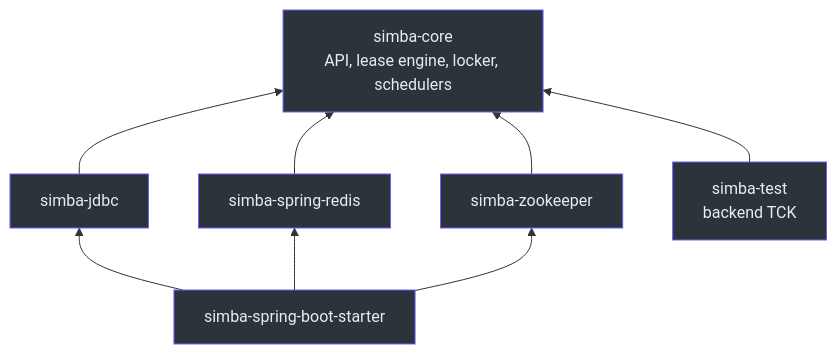
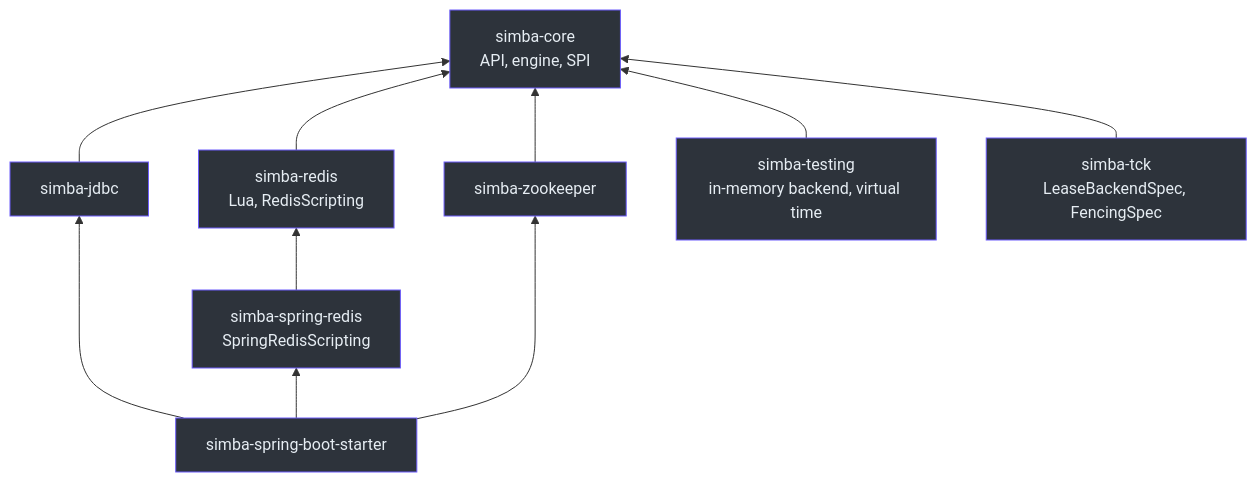
Before and after one commit to Ahoo-Wang/Simba: the first of 2 diagrams in wiki/architecture/index.md, drawn with Mermaid. The commit also changed other lines of this file and 45 other files, not shown here.

````diff
--- a/wiki/architecture/index.md
+++ b/wiki/architecture/index.md
@@ -13,22 +13,28 @@
 ```mermaid
 graph BT
-    core["simba-core<br>API, lease engine, locker, schedulers"]
+    core["simba-core<br>API, engine, SPI"]
     jdbc["simba-jdbc"]
-    redis["simba-spring-redis"]
+    redis["simba-redis<br>Lua, RedisScripting"]
+    sredis["simba-spring-redis<br>SpringRedisScripting"]
     zk["simba-zookeeper"]
     starter["simba-spring-boot-starter"]
-    tck["simba-test<br>backend TCK"]
+    testing["simba-testing<br>in-memory backend, virtual time"]
+    tck["simba-tck<br>LeaseBackendSpec, FencingSpec"]
     jdbc --> core
     redis --> core
+    sredis --> redis
     zk --> core
     starter --> jdbc
-    starter --> redis
+    starter --> sredis
     starter --> zk
+    testing --> core
     tck --> core
     style core fill:#2d333b,stroke:#6d5dfc,color:#e6edf3
     style jdbc fill:#2d333b,stroke:#6d5dfc,color:#e6edf3
     style redis fill:#2d333b,stroke:#6d5dfc,color:#e6edf3
+    style sredis fill:#2d333b,stroke:#6d5dfc,color:#e6edf3
     style zk fill:#2d333b,stroke:#6d5dfc,color:#e6edf3
     style starter fill:#2d333b,stroke:#6d5dfc,color:#e6edf3
+    style testing fill:#2d333b,stroke:#6d5dfc,color:#e6edf3
     style tck fill:#2d333b,stroke:#6d5dfc,color:#e6edf3
 ```
````
